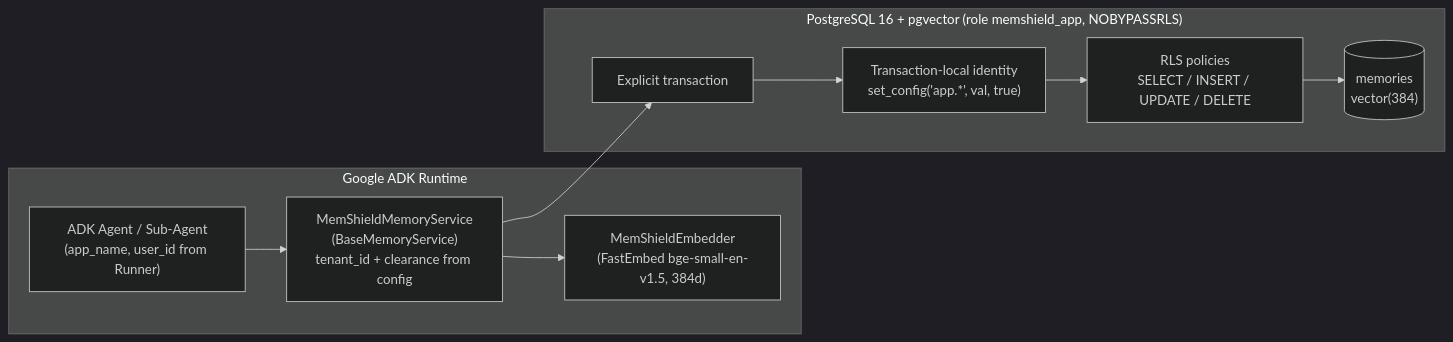
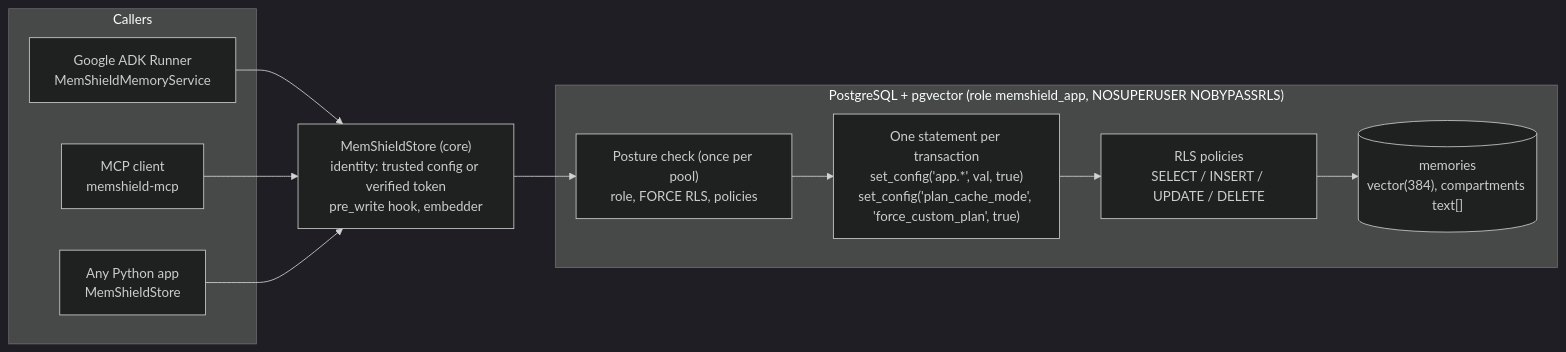
One commit to aalishan001/adk-memshield changed the diagram in README.md. Above: the diagram before and after it, drawn with Mermaid (dark theme). The commit also changed other lines of this file and 1 other file, not shown here.

````diff
--- a/README.md
+++ b/README.md
@@ -30,22 +42,22 @@
 ```mermaid
 flowchart LR
-    subgraph ADK["Google ADK Runtime"]
-        Agent["ADK Agent / Sub-Agent<br/>(app_name, user_id from Runner)"]
-        Service["MemShieldMemoryService<br/>(BaseMemoryService)<br/>tenant_id + clearance from config"]
-        Embedder["MemShieldEmbedder<br/>(FastEmbed bge-small-en-v1.5, 384d)"]
+    subgraph Callers["Callers"]
+        Agent["Google ADK Runner<br/>MemShieldMemoryService"]
+        MCP["MCP client<br/>memshield-mcp"]
+        App["Any Python app<br/>MemShieldStore"]
     end
 
-    subgraph PG["PostgreSQL 16 + pgvector (role memshield_app, NOBYPASSRLS)"]
-        Tx["Explicit transaction"]
-        Ctx["Transaction-local identity<br/>set_config('app.*', val, true)"]
+    Core["MemShieldStore (core)<br/>identity: trusted config or verified token<br/>pre_write hook, embedder"]
+
+    subgraph PG["PostgreSQL + pgvector (role memshield_app, NOSUPERUSER NOBYPASSRLS)"]
+        Posture["Posture check (once per pool)<br/>role, FORCE RLS, policies"]
+        Ctx["One statement per transaction<br/>set_config('app.*', val, true)<br/>set_config('plan_cache_mode', 'force_custom_plan', true)"]
         RLS["RLS policies<br/>SELECT / INSERT / UPDATE / DELETE"]
-        Vec[("memories<br/>vector(384)")]
+        Vec[("memories<br/>vector(384), compartments text[]")]
     end
 
-    Agent --> Service
-    Service --> Embedder
-    Service --> Tx
-    Tx --> Ctx
-    Ctx --> RLS
-    RLS --> Vec
+    Agent --> Core
+    MCP --> Core
+    App --> Core
+    Core --> Posture --> Ctx --> RLS --> Vec
 ```
````
